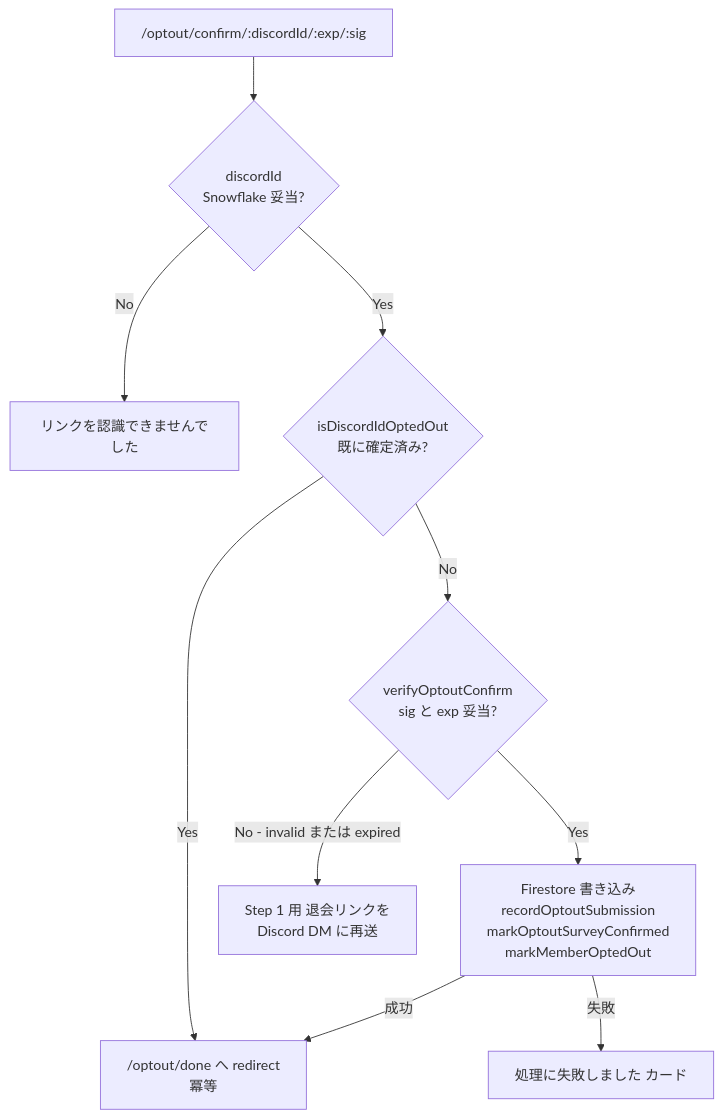
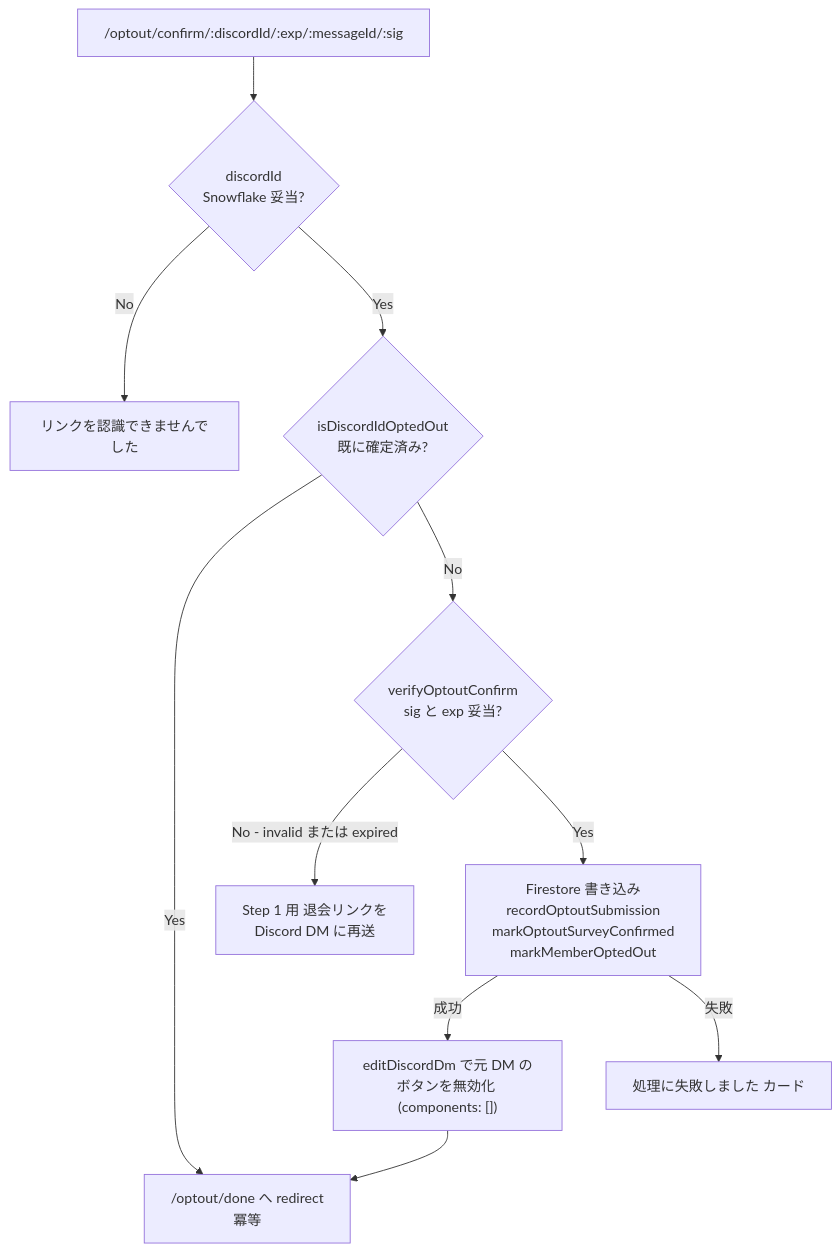
Before and after one commit to Lumos-Programming/lumos-web: the fourth of 7 diagrams in docs/optout-flow.md, drawn with Mermaid. The commit also changed other lines of this file and 5 other files, not shown here.

````diff
--- a/docs/optout-flow.md
+++ b/docs/optout-flow.md
@@ -153,12 +155,13 @@
 ```mermaid
 flowchart TD
-    Start["/optout/confirm/:discordId/:exp/:sig"] --> V1{"discordId<br/>Snowflake 妥当?"}
+    Start["/optout/confirm/:discordId/:exp/:messageId/:sig"] --> V1{"discordId<br/>Snowflake 妥当?"}
     V1 -->|No| ErrInvalid["リンクを認識できませんでした"]
     V1 -->|Yes| V2{"isDiscordIdOptedOut<br/>既に確定済み?"}
     V2 -->|Yes| RedirDone["/optout/done へ redirect<br/>冪等"]
     V2 -->|No| V3{"verifyOptoutConfirm<br/>sig と exp 妥当?"}
     V3 -->|No - invalid または expired| Reissue["Step 1 用 退会リンクを<br/>Discord DM に再送"]
     V3 -->|Yes| Write["Firestore 書き込み<br/>recordOptoutSubmission<br/>markOptoutSurveyConfirmed<br/>markMemberOptedOut"]
-    Write -->|成功| RedirDone
+    Write -->|成功| PatchDM["editDiscordDm で元 DM の<br/>ボタンを無効化 (components: [])"]
+    PatchDM --> RedirDone
     Write -->|失敗| Err["処理に失敗しました カード"]
 ```
````
